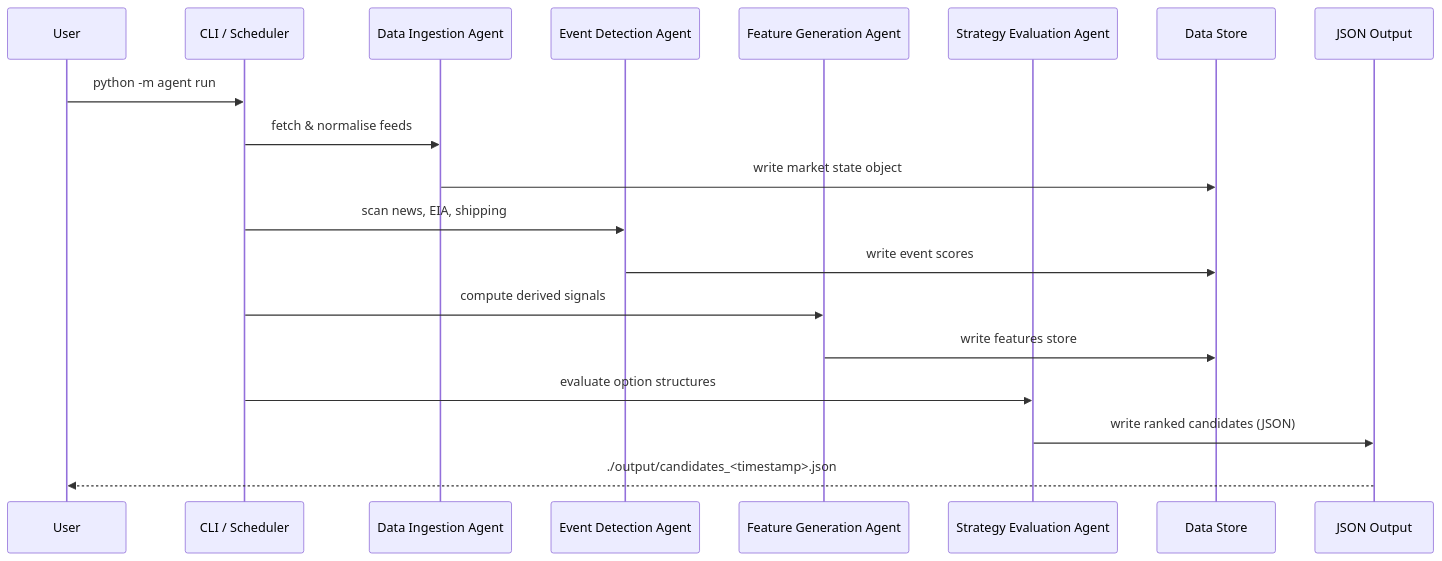
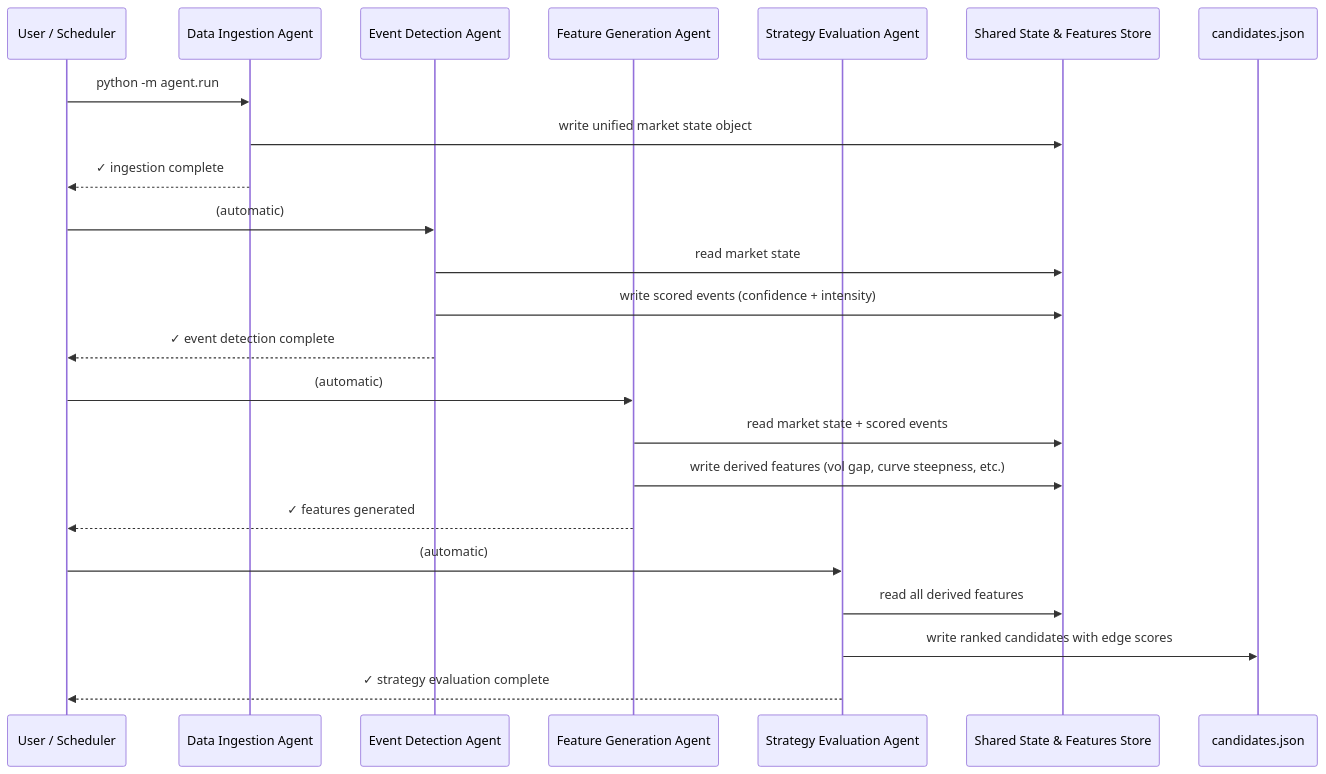
Before and after one commit to jeisenback/golden_boy_peanuts: the second of 2 diagrams in docs/generated/user_guide_full-pipeline.md, drawn with Mermaid. The commit also changed other lines of this file, not shown here.

Commit message:
docs: regenerate user guide [skip ci]

````diff
--- a/docs/generated/user_guide_full-pipeline.md
+++ b/docs/generated/user_guide_full-pipeline.md
@@ -254,22 +231,29 @@
 ```mermaid
 sequenceDiagram
-    participant User
-    participant CLI as CLI / Scheduler
+    participant CLI as User / Scheduler
     participant DIA as Data Ingestion Agent
     participant EDA as Event Detection Agent
     participant FGA as Feature Generation Agent
     participant SEA as Strategy Evaluation Agent
-    participant Store as Data Store
-    participant Out as JSON Output
+    participant Store as Shared State & Features Store
+    participant Out as candidates.json
 
-    User->>CLI: python -m agent run
-    CLI->>DIA: fetch & normalise feeds
-    DIA->>Store: write market state object
-    CLI->>EDA: scan news, EIA, shipping
-    EDA->>Store: write event scores
-    CLI->>FGA: compute derived signals
-    FGA->>Store: write features store
-    CLI->>SEA: evaluate option structures
-    SEA->>Out: write ranked candidates (JSON)
-    Out-->>User: ./output/candidates_<timestamp>.json
+    CLI->>DIA: python -m agent.run
+    DIA->>Store: write unified market state object
+    DIA-->>CLI: ✓ ingestion complete
+
+    CLI->>EDA: (automatic)
+    EDA->>Store: read market state
+    EDA->>Store: write scored events (confidence + intensity)
+    EDA-->>CLI: ✓ event detection complete
+
+    CLI->>FGA: (automatic)
+    FGA->>Store: read market state + scored events
+    FGA->>Store: write derived features (vol gap, curve steepness, etc.)
+    FGA-->>CLI: ✓ features generated
+
+    CLI->>SEA: (automatic)
+    SEA->>Store: read all derived features
+    SEA->>Out: write ranked candidates with edge scores
+    SEA-->>CLI: ✓ strategy evaluation complete
 ```
````
